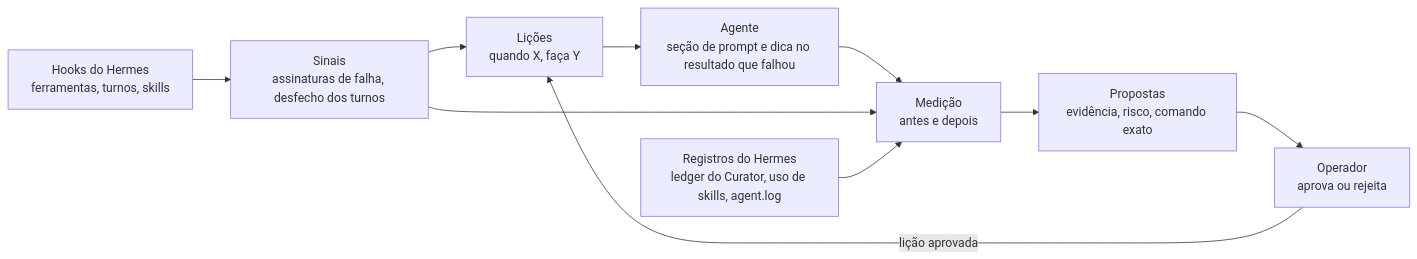
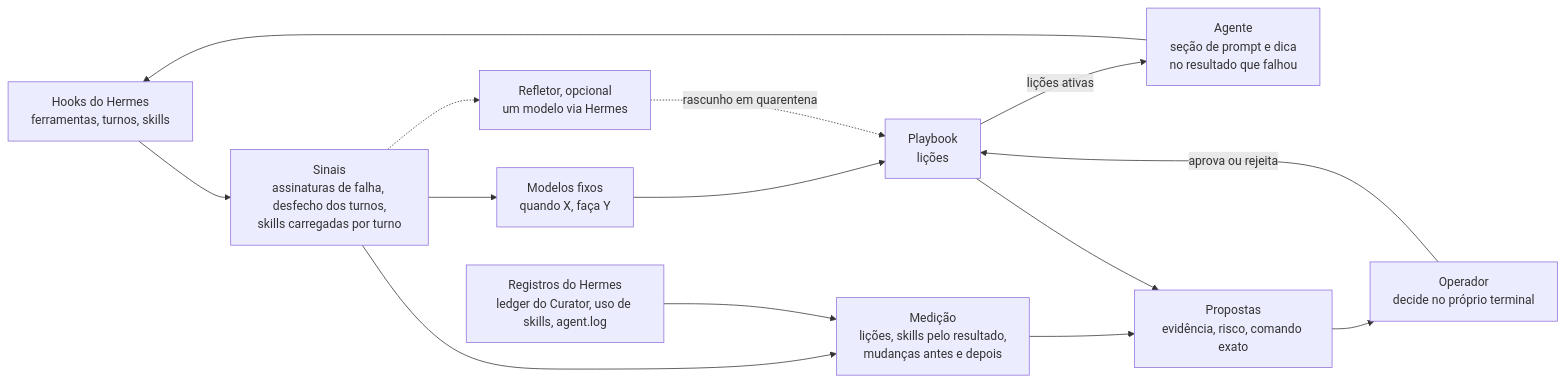
Before and after one commit to sesantanajr/hermes-atlas-evolution: the diagram in README.pt-BR.md, drawn with Mermaid. The commit also changed other lines of this file and 13 other files, not shown here.

````diff
--- a/README.pt-BR.md
+++ b/README.pt-BR.md
@@ -28,21 +29,27 @@
 ```mermaid
 flowchart LR
     hooks["Hooks do Hermes<br/>ferramentas, turnos, skills"]
     records["Registros do Hermes<br/>ledger do Curator, uso de skills, agent.log"]
-    signals["Sinais<br/>assinaturas de falha, desfecho dos turnos"]
-    lessons["Lições<br/>quando X, faça Y"]
-    agent["Agente<br/>seção de prompt e dica no resultado que falhou"]
-    measure["Medição<br/>antes e depois"]
+    signals["Sinais<br/>assinaturas de falha, desfecho dos turnos,<br/>skills carregadas por turno"]
+    templates["Modelos fixos<br/>quando X, faça Y"]
+    reflector["Refletor, opcional<br/>um modelo via Hermes"]
+    playbook["Playbook<br/>lições"]
+    agent["Agente<br/>seção de prompt e dica<br/>no resultado que falhou"]
+    measure["Medição<br/>lições, skills pelo resultado,<br/>mudanças antes e depois"]
     proposals["Propostas<br/>evidência, risco, comando exato"]
-    operator["Operador<br/>aprova ou rejeita"]
+    operator["Operador<br/>decide no próprio terminal"]
 
     hooks --> signals
-    signals --> lessons
-    lessons --> agent
-    agent --> measure
+    signals --> templates
+    templates --> playbook
+    signals -.-> reflector
+    reflector -.->|rascunho em quarentena| playbook
+    playbook -->|lições ativas| agent
+    agent --> hooks
     signals --> measure
     records --> measure
     measure --> proposals
+    playbook --> proposals
     proposals --> operator
-    operator -- "lição aprovada" --> lessons
+    operator -->|aprova ou rejeita| playbook
 ```
````
